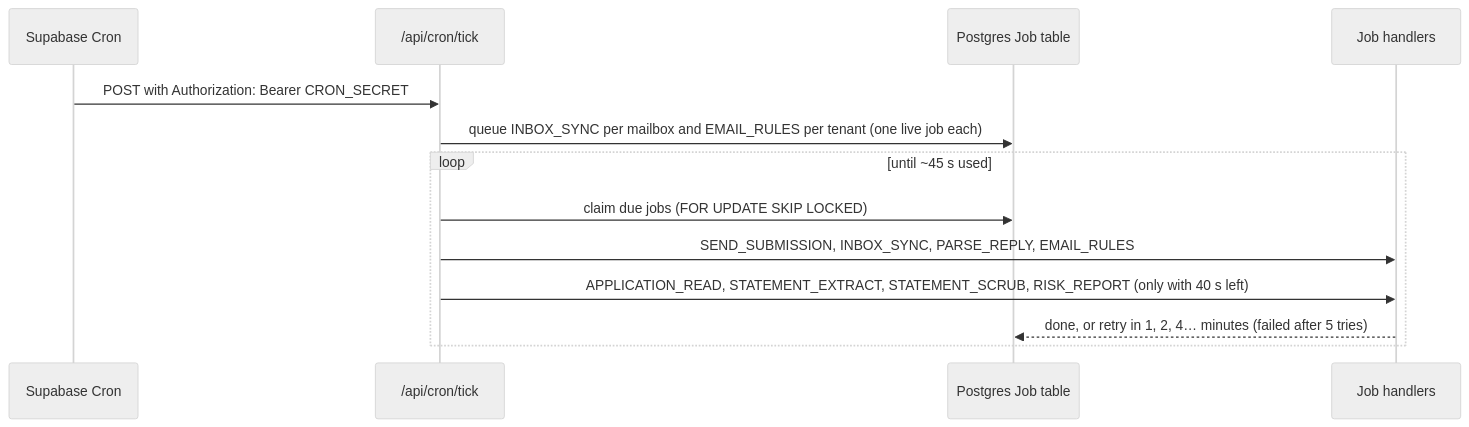
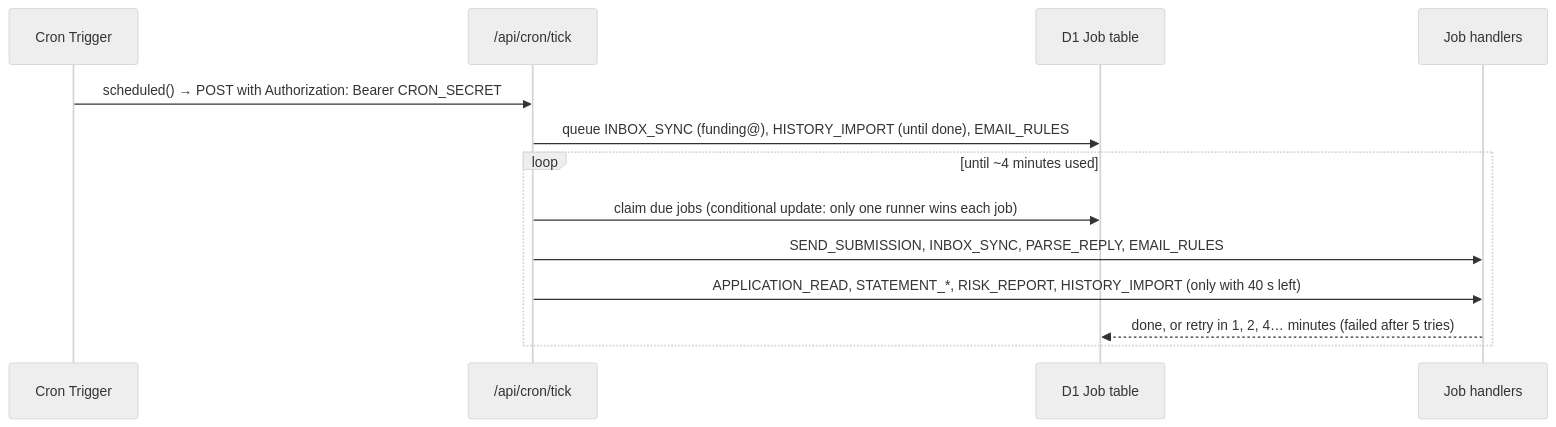
One commit to dewil95/tutos1 changed the seventh of 10 diagrams in docs/ARCHITECTURE.md. Above: the diagram before and after it, drawn with Mermaid (neutral theme). The commit also changed other lines of this file and 12 other files, not shown here.

First line of the commit message:
Go-live guide for Cloudflare; docs follow the new flows

````diff
--- a/docs/ARCHITECTURE.md
+++ b/docs/ARCHITECTURE.md
@@ -117,15 +145,15 @@
 ```mermaid
 sequenceDiagram
-  participant C as Supabase Cron
+  participant C as Cron Trigger
   participant T as /api/cron/tick
-  participant DB as Postgres Job table
+  participant DB as D1 Job table
   participant H as Job handlers
-  C->>T: POST with Authorization: Bearer CRON_SECRET
-  T->>DB: queue INBOX_SYNC per mailbox and EMAIL_RULES per tenant (one live job each)
-  loop until ~45 s used
-    T->>DB: claim due jobs (FOR UPDATE SKIP LOCKED)
+  C->>T: scheduled() → POST with Authorization: Bearer CRON_SECRET
+  T->>DB: queue INBOX_SYNC (funding@), HISTORY_IMPORT (until done), EMAIL_RULES
+  loop until ~4 minutes used
+    T->>DB: claim due jobs (conditional update: only one runner wins each job)
     T->>H: SEND_SUBMISSION, INBOX_SYNC, PARSE_REPLY, EMAIL_RULES
-    T->>H: APPLICATION_READ, STATEMENT_EXTRACT, STATEMENT_SCRUB, RISK_REPORT (only with 40 s left)
+    T->>H: APPLICATION_READ, STATEMENT_*, RISK_REPORT, HISTORY_IMPORT (only with 40 s left)
     H-->>DB: done, or retry in 1, 2, 4… minutes (failed after 5 tries)
   end
 ```
````
